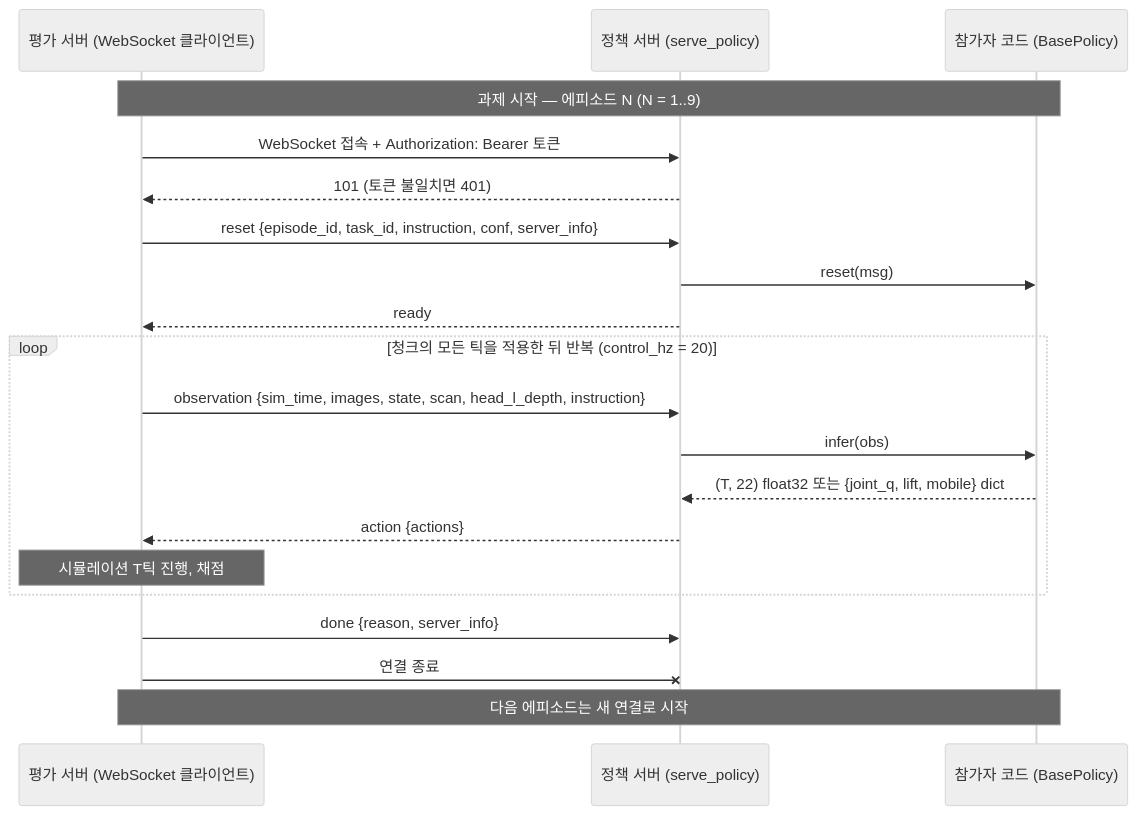
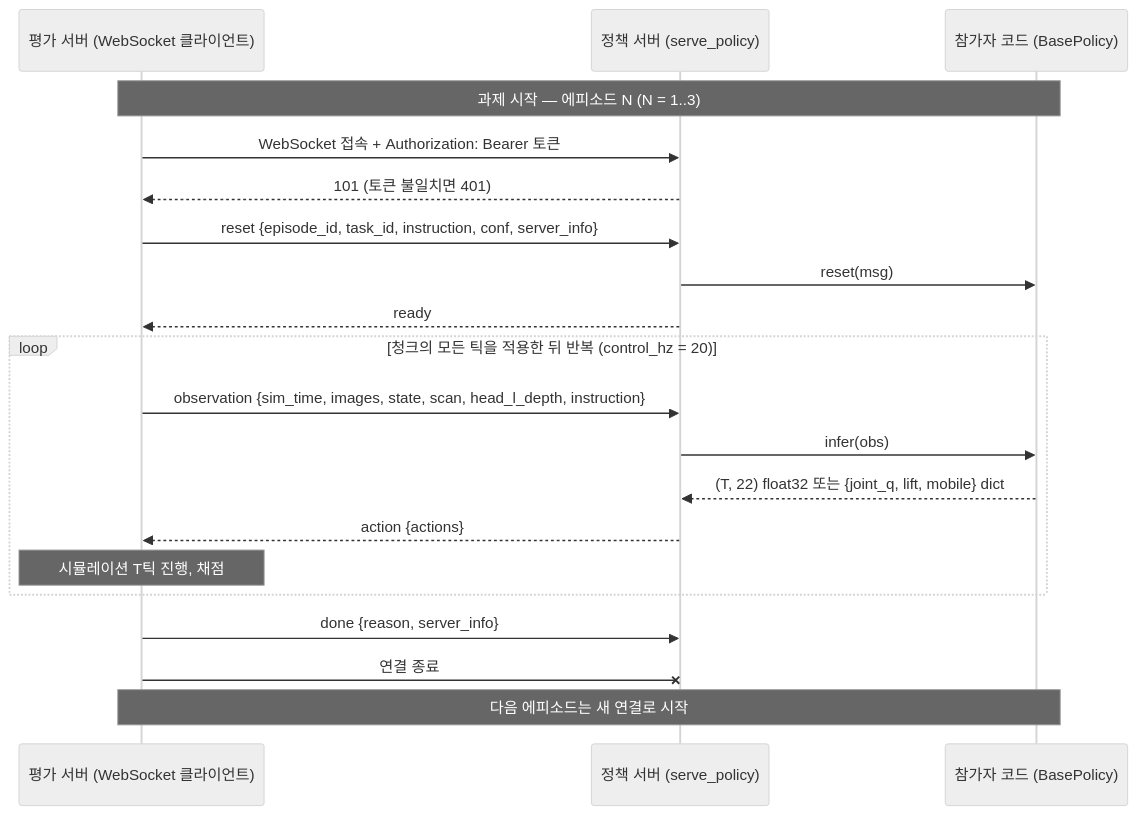
Before and after one commit to kairobahq/eval-host-server: the diagram in docs/protocol.md, drawn with Mermaid (neutral theme). The commit also changed other lines of this file and 2 other files, not shown here.

First line of the commit message:
docs: 과제당 에피소드 3회로 정정 (제출 1건 = 과제 3종 = 9에피소드)

````diff
--- a/docs/protocol.md
+++ b/docs/protocol.md
@@ -19,22 +19,22 @@
 ```mermaid
 sequenceDiagram
     participant E as 평가 서버 (WebSocket 클라이언트)
     participant P as 정책 서버 (serve_policy)
     participant U as 참가자 코드 (BasePolicy)
-    Note over E,U: 과제 시작 — 에피소드 N (N = 1..9)
+    Note over E,U: 과제 시작 — 에피소드 N (N = 1..3)
     E->>P: WebSocket 접속 + Authorization: Bearer 토큰
     P-->>E: 101 (토큰 불일치면 401)
     E->>P: reset {episode_id, task_id, instruction, conf, server_info}
     P->>U: reset(msg)
     P-->>E: ready
     loop 청크의 모든 틱을 적용한 뒤 반복 (control_hz = 20)
         E->>P: observation {sim_time, images, state, scan, head_l_depth, instruction}
         P->>U: infer(obs)
         U-->>P: (T, 22) float32 또는 {joint_q, lift, mobile} dict
         P-->>E: action {actions}
         Note over E: 시뮬레이션 T틱 진행, 채점
     end
     E->>P: done {reason, server_info}
     E-xP: 연결 종료
     Note over E,U: 다음 에피소드는 새 연결로 시작
 ```
````
